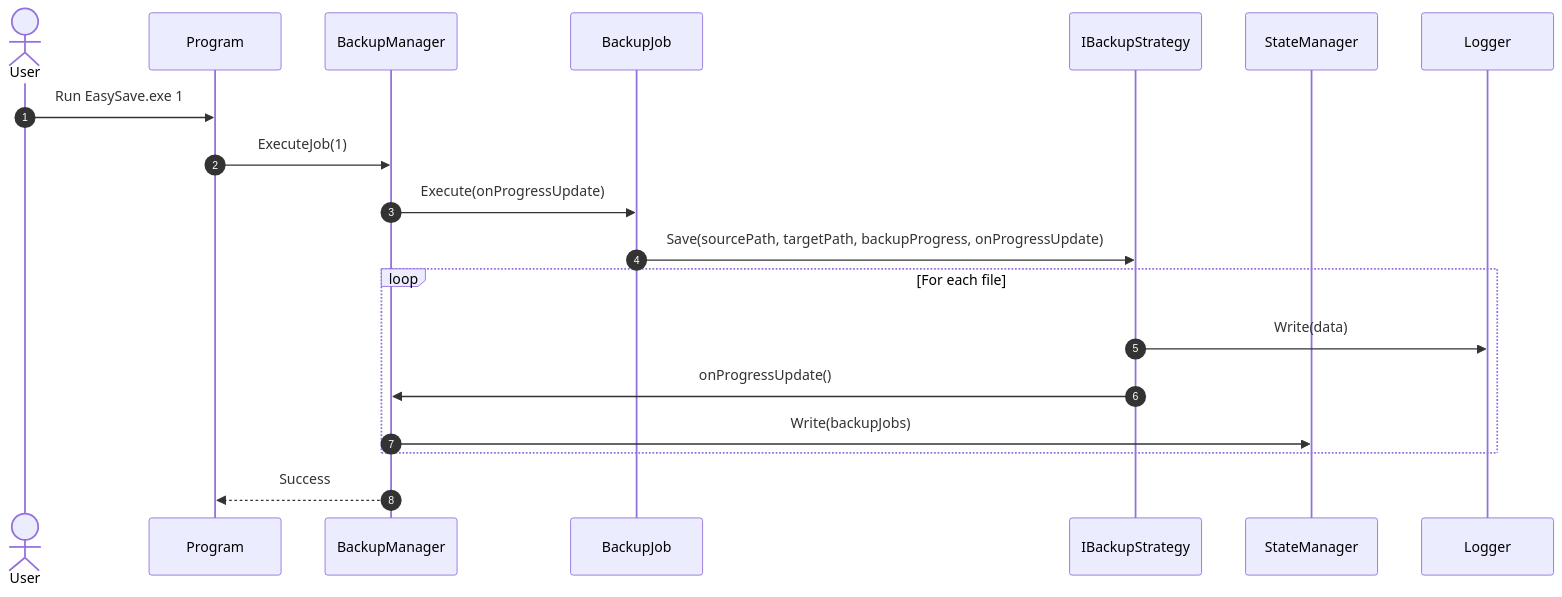
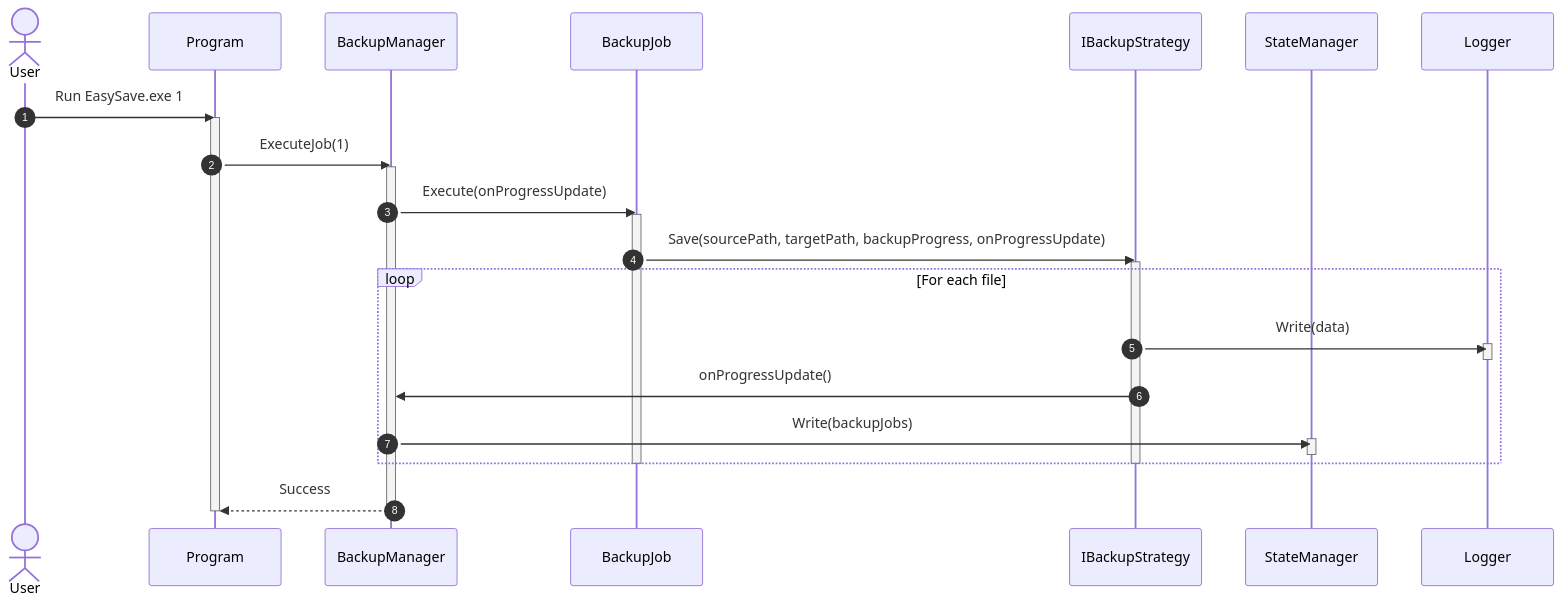
Before and after one commit to arayzendev/EasySave: the diagram in docs/sequence-diagram.md, drawn with Mermaid. The commit also changed 26 other files, not shown here.

````diff
--- a/docs/sequence-diagram.md
+++ b/docs/sequence-diagram.md
@@ -1,25 +1,41 @@
 ```mermaid
-sequenceDiagram
+ sequenceDiagram
     autonumber
 
     actor User
     participant Program
     participant BackupManager
     participant BackupJob
     participant IBackupStrategy
     participant StateManager
     participant Logger
 
     User->>Program: Run EasySave.exe 1
+    activate Program
+
     Program->>BackupManager: ExecuteJob(1)
+    activate BackupManager
     
     BackupManager->>BackupJob: Execute(onProgressUpdate)
+    activate BackupJob
+
     BackupJob->>IBackupStrategy: Save(sourcePath, targetPath, backupProgress, onProgressUpdate)
+    activate IBackupStrategy
 
     loop For each file
         IBackupStrategy->>Logger: Write(data)
+        activate Logger
+        deactivate Logger
+
         IBackupStrategy->>BackupManager: onProgressUpdate()
         BackupManager->>StateManager: Write(backupJobs)
+        activate StateManager
+        deactivate StateManager
     end
+
+    deactivate IBackupStrategy
+    deactivate BackupJob
     BackupManager-->>Program: Success
+    deactivate BackupManager
+    deactivate Program
 ```
````
